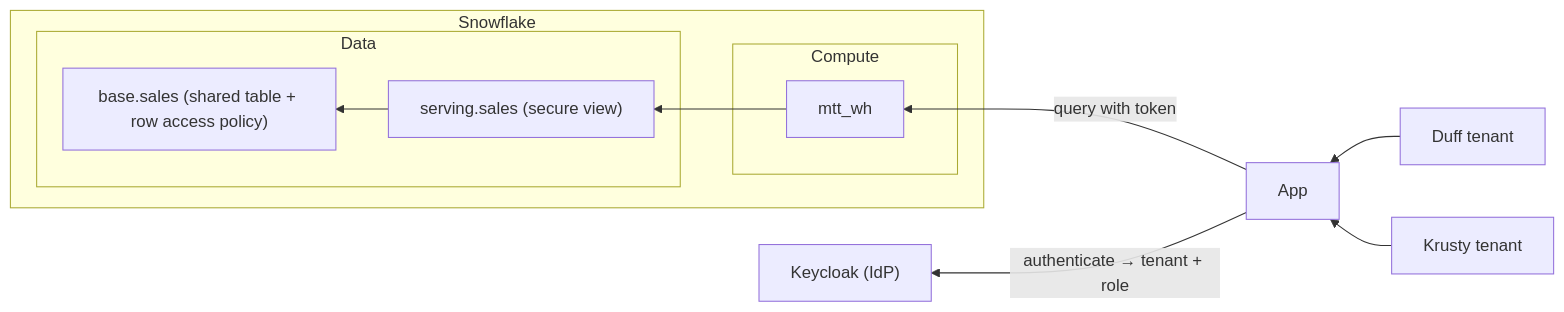
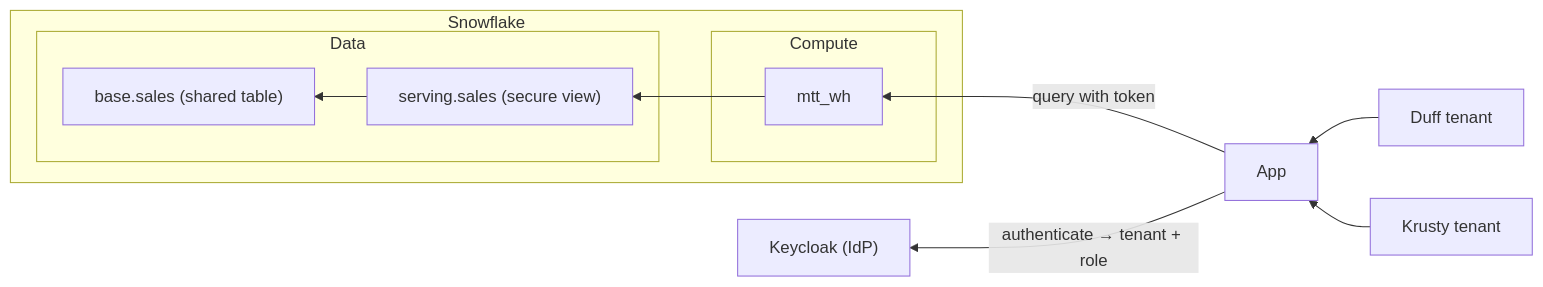
One commit to sfc-gh-rdominguez/snowflake-mutlitenant-patterns changed the diagram in mtt/docs/00_WALKTHROUGH.md. Above: the diagram before and after it, drawn with Mermaid. The commit also changed other lines of this file and 3 other files, not shown here.

````diff
--- a/mtt/docs/00_WALKTHROUGH.md
+++ b/mtt/docs/00_WALKTHROUGH.md
@@ -10,18 +10,18 @@
 ```mermaid
 flowchart RL
     duff["Duff tenant"] --> app
     krusty["Krusty tenant"] --> app
     app["App"] -->|"authenticate → tenant + role"| idp["Keycloak (IdP)"]
     app -->|"query with token"| mtt-wh
 
     subgraph snowflake["Snowflake"]
         subgraph compute["Compute"]
             mtt-wh["mtt_wh"]
         end
         subgraph data["Data"]
-            view["serving.sales (secure view)"] --> sales["base.sales (shared table + row access policy)"]
+            view["serving.sales (secure view)"] --> sales["base.sales (shared table)"]
         end
 
             mtt-wh --> view
     end
 ```
````
